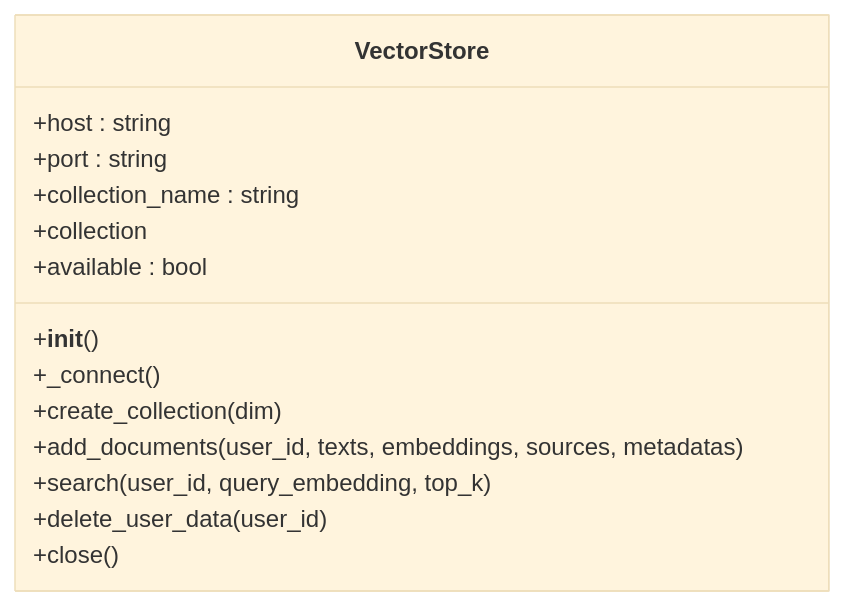
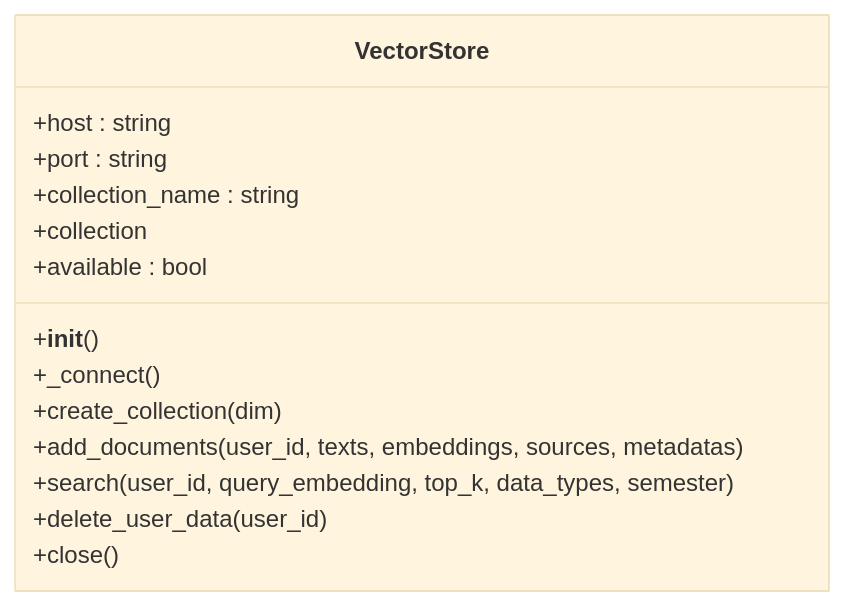
Before and after one commit to ghbbn053-ship-itsoulddog/soulddog: the third of 12 diagrams in .qoder/repowiki/zh/content/AI智能问答系统/向量数据库集成/向量数据库集成.md, drawn with Mermaid (base theme). The commit also changed other lines of this file and 119 other files, not shown here.

````diff
--- a/.qoder/repowiki/zh/content/AI智能问答系统/向量数据库集成/向量数据库集成.md
+++ b/.qoder/repowiki/zh/content/AI智能问答系统/向量数据库集成/向量数据库集成.md
@@ -148,17 +178,17 @@
 ```mermaid
 classDiagram
 class VectorStore {
 +host : string
 +port : string
 +collection_name : string
 +collection
 +available : bool
 +__init__()
 +_connect()
 +create_collection(dim)
 +add_documents(user_id, texts, embeddings, sources, metadatas)
-+search(user_id, query_embedding, top_k)
++search(user_id, query_embedding, top_k, data_types, semester)
 +delete_user_data(user_id)
 +close()
 }
 ```
````
